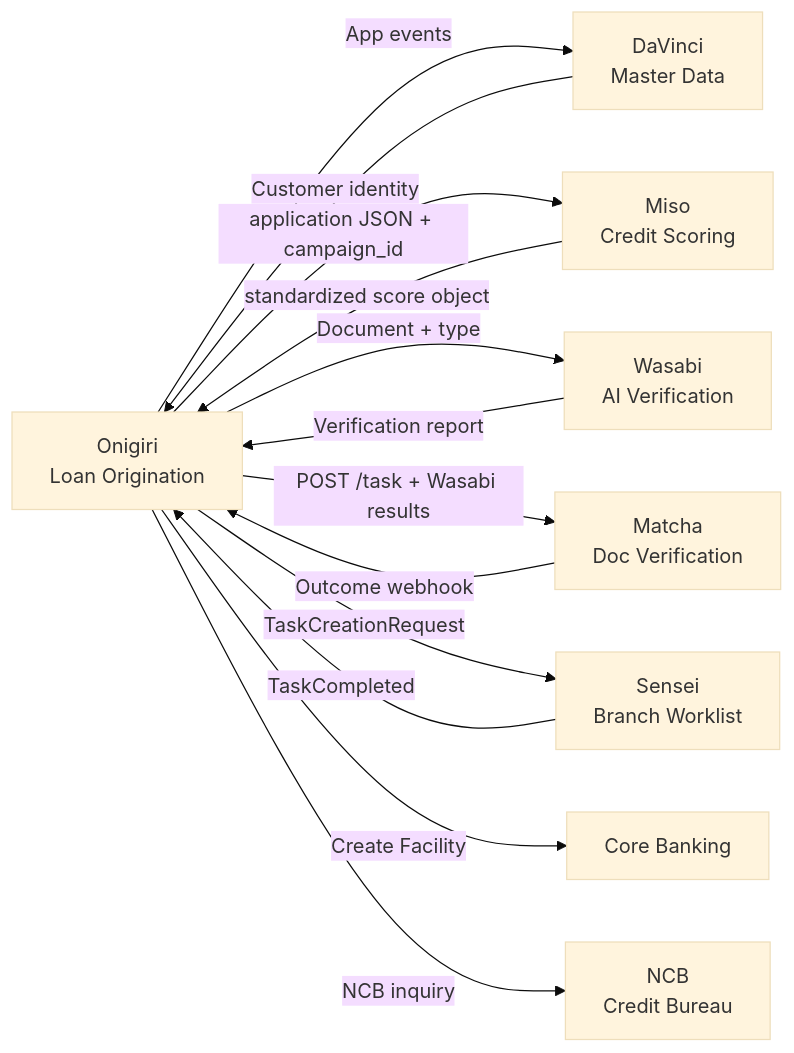
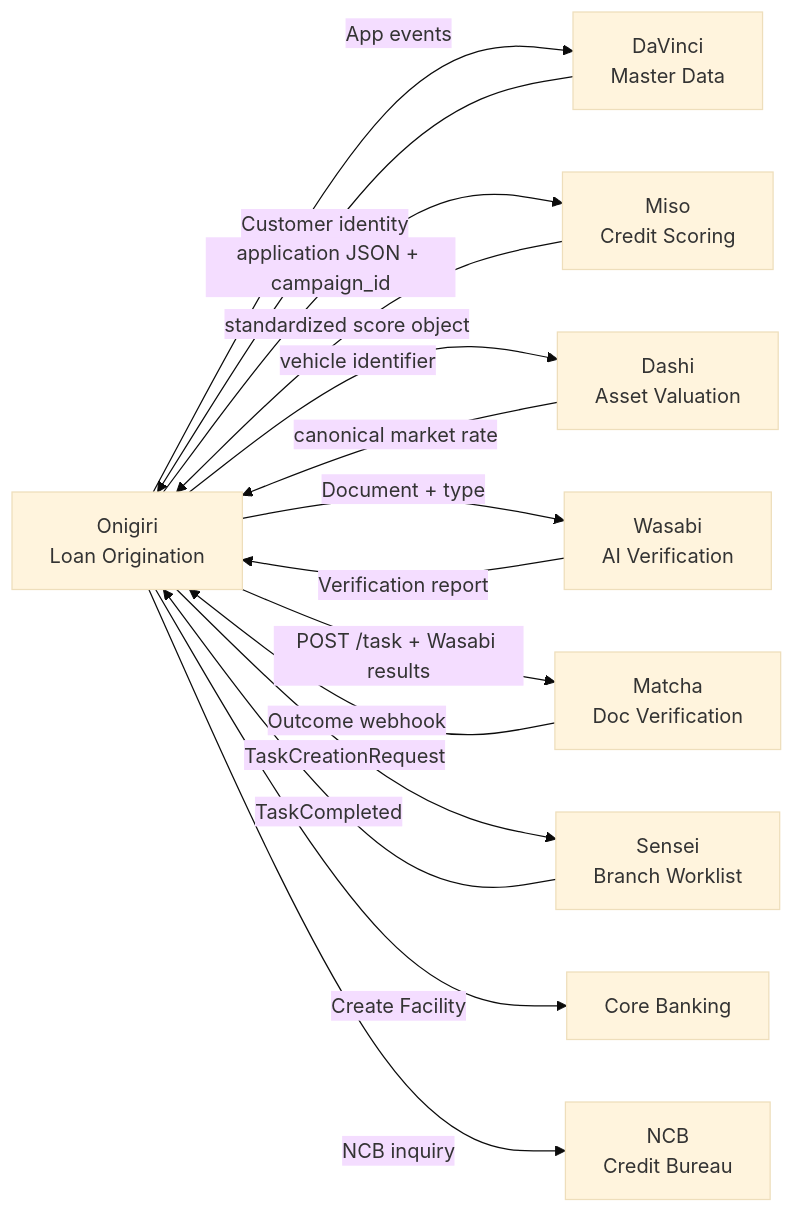
One commit to chanatan-sri/TurboProduct changed the second of 2 diagrams in product/credit/onigiri/PRODUCT.md. Above: the diagram before and after it, drawn with Mermaid (base theme). The commit also changed other lines of this file and 10 other files, not shown here.

````diff
--- a/product/credit/onigiri/PRODUCT.md
+++ b/product/credit/onigiri/PRODUCT.md
@@ -140,24 +143,27 @@
 ```mermaid
 graph LR
     Onigiri[Onigiri\nLoan Origination]
     Miso[Miso\nCredit Scoring]
     DaVinci[DaVinci\nMaster Data]
     Wasabi[Wasabi\nAI Verification]
     Matcha[Matcha\nDoc Verification]
     Sensei[Sensei\nBranch Worklist]
     CoreBanking[Core Banking]
     NCB[NCB\nCredit Bureau]
+    Dashi[Dashi\nAsset Valuation]
 
     DaVinci -->|Customer identity| Onigiri
     Onigiri -->|App events| DaVinci
     Onigiri -->|application JSON + campaign_id| Miso
     Miso -->|standardized score object| Onigiri
+    Onigiri -->|vehicle identifier| Dashi
+    Dashi -->|canonical market rate| Onigiri
     Onigiri -->|Document + type| Wasabi
     Wasabi -->|Verification report| Onigiri
     Onigiri -->|POST /task + Wasabi results| Matcha
     Matcha -->|Outcome webhook| Onigiri
     Onigiri -->|TaskCreationRequest| Sensei
     Sensei -->|TaskCompleted| Onigiri
     Onigiri -->|Create Facility| CoreBanking
     Onigiri -->|NCB inquiry| NCB
 ```
````
